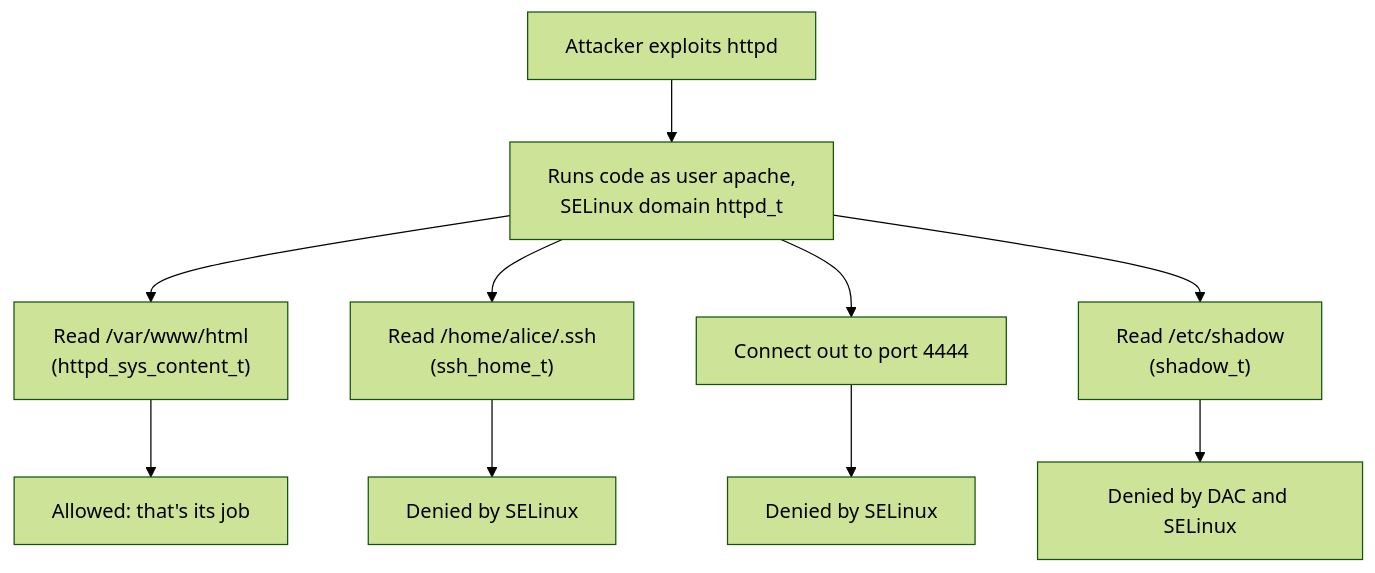
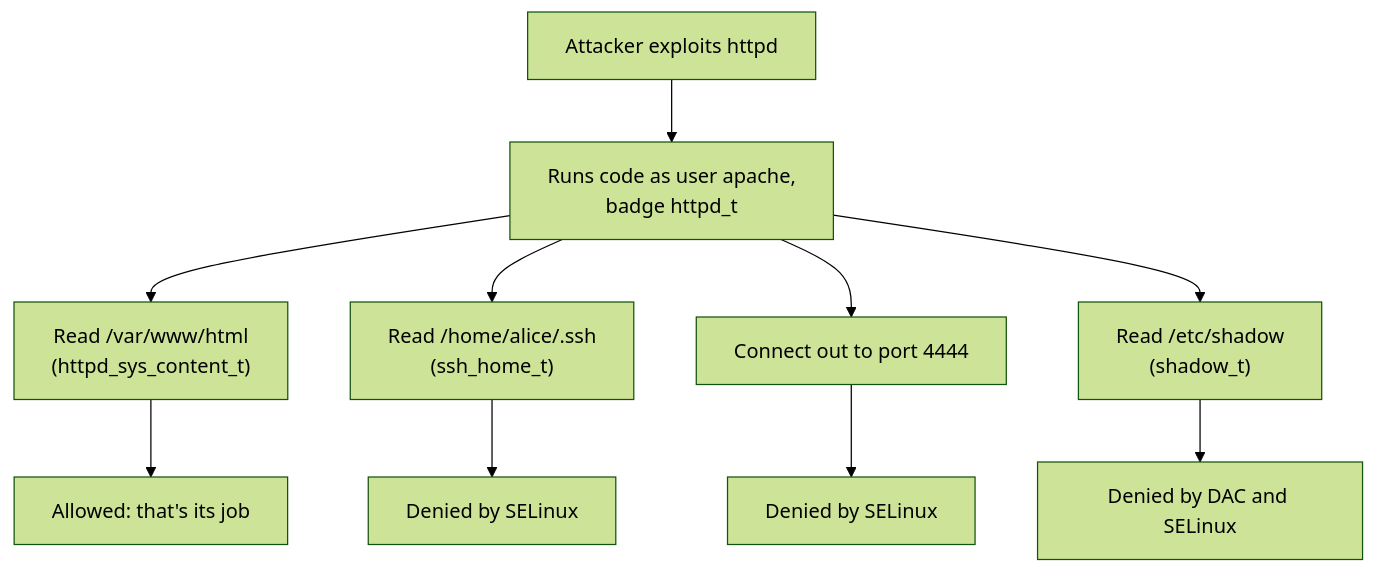
Before and after one commit to ssimpson89/LinuxTrainingCourse: the second of 5 diagrams in content/16-selinux.md, drawn with Mermaid (forest theme). The commit also changed other lines of this file, not shown here.

First line of the commit message:
Rewrite SELinux module around one simple mental model

````diff
--- a/content/16-selinux.md
+++ b/content/16-selinux.md
@@ -35,12 +63,12 @@
 ```mermaid
 flowchart TB
-    A["Attacker exploits httpd"] --> B["Runs code as user apache,<br/>SELinux domain httpd_t"]
+    A["Attacker exploits httpd"] --> B["Runs code as user apache,<br/>badge httpd_t"]
     B --> C["Read /var/www/html<br/>(httpd_sys_content_t)"]
     B --> D["Read /home/alice/.ssh<br/>(ssh_home_t)"]
     B --> E["Connect out to port 4444"]
     B --> F["Read /etc/shadow<br/>(shadow_t)"]
     C --> C2["Allowed: that's its job"]
     D --> D2["Denied by SELinux"]
     E --> E2["Denied by SELinux"]
     F --> F2["Denied by DAC and SELinux"]
 ```
````
